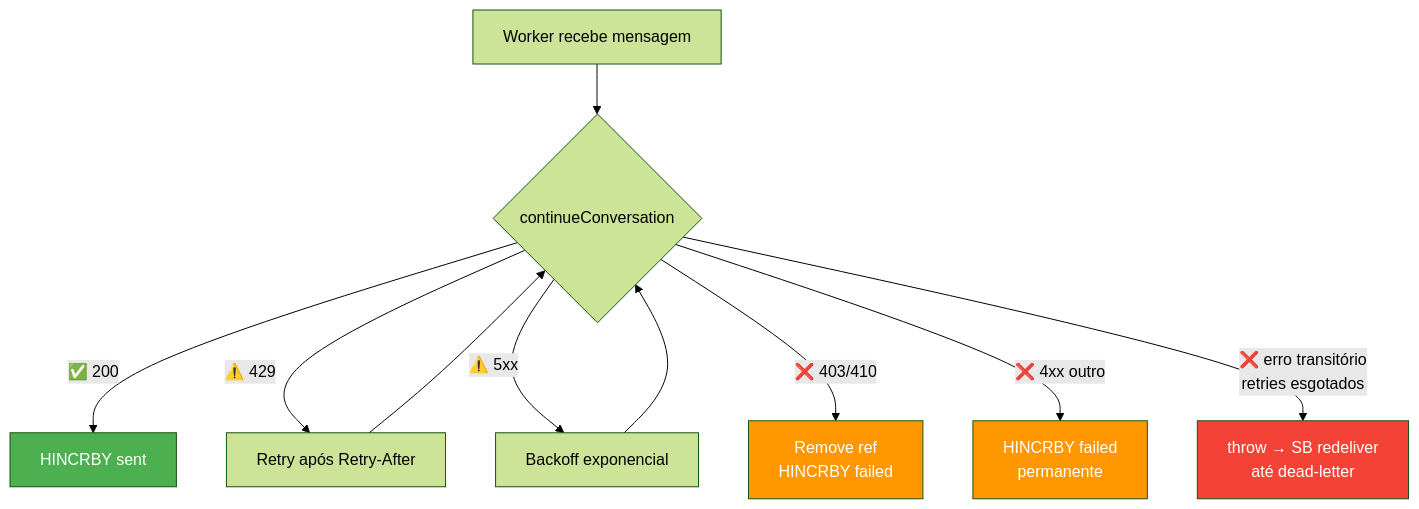
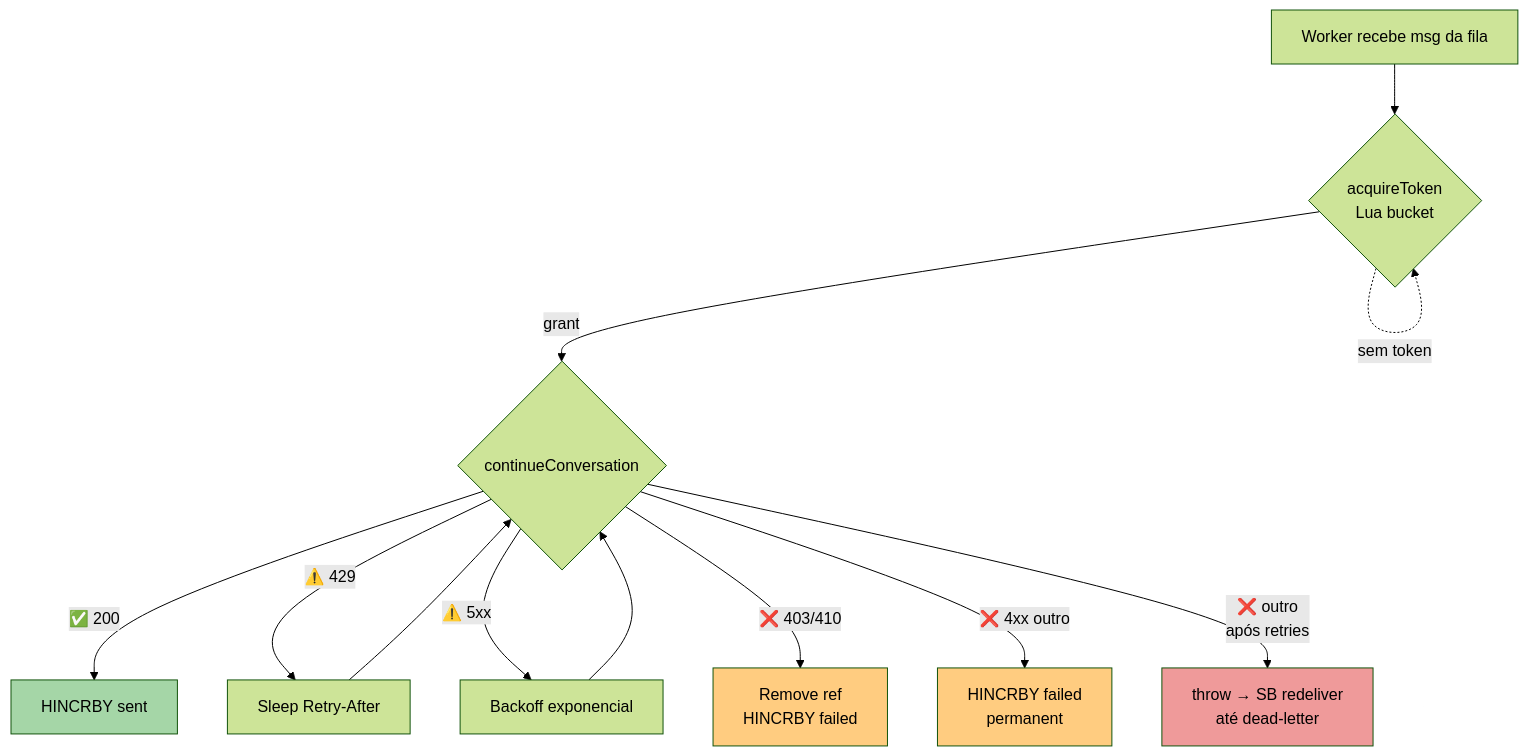
Before and after one commit to EdneiMonteiro/teams_msgs: the fifth of 6 diagrams in README.md, drawn with Mermaid (forest theme). The commit also changed other lines of this file, not shown here.

First line of the commit message:
docs(v8): full README refresh with diagrams, ADR, tests section

````diff
--- a/README.md
+++ b/README.md
@@ -150,17 +217,17 @@
 ```mermaid
 flowchart TD
-    A[Worker recebe mensagem] --> B{continueConversation}
+    A[Worker recebe msg da fila] --> AT{acquireToken<br/>Lua bucket}
+    AT -->|grant| B{continueConversation}
+    AT -.->|sem token| AT
     B -->|✅ 200| C[HINCRBY sent]
-    B -->|⚠️ 429| D[Retry após Retry-After]
-    D --> B
-    B -->|⚠️ 5xx| E[Backoff exponencial]
-    E --> B
+    B -->|⚠️ 429| D[Sleep Retry-After] --> B
+    B -->|⚠️ 5xx| E[Backoff exponencial] --> B
     B -->|❌ 403/410| F[Remove ref<br/>HINCRBY failed]
-    B -->|❌ 4xx outro| G[HINCRBY failed<br/>permanente]
-    B -->|❌ erro transitório<br/>retries esgotados| H[throw → SB redeliver<br/>até dead-letter]
+    B -->|❌ 4xx outro| G[HINCRBY failed<br/>permanent]
+    B -->|❌ outro<br/>após retries| H[throw → SB redeliver<br/>até dead-letter]
 
-    style C fill:#4CAF50,color:#fff
-    style F fill:#FF9800,color:#fff
-    style G fill:#FF9800,color:#fff
-    style H fill:#f44336,color:#fff
+    style C fill:#A5D6A7,color:#000
+    style F fill:#FFCC80,color:#000
+    style G fill:#FFCC80,color:#000
+    style H fill:#EF9A9A,color:#000
 ```
````
